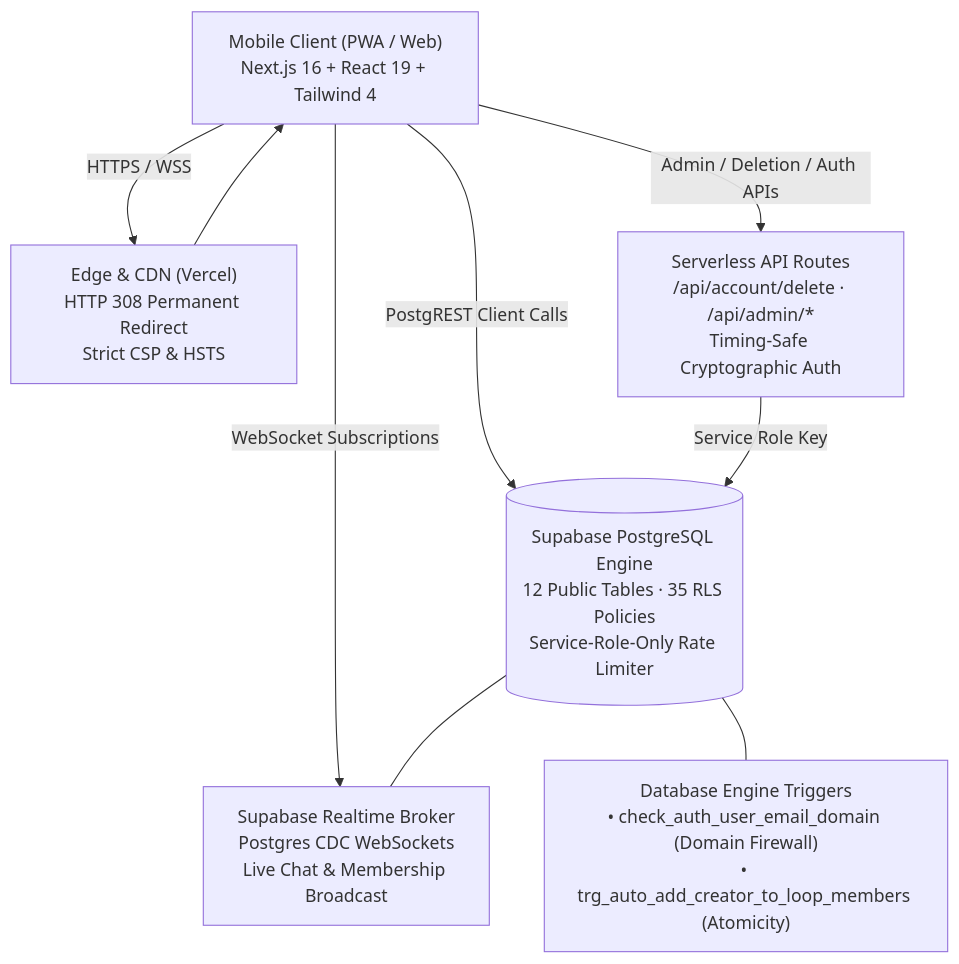
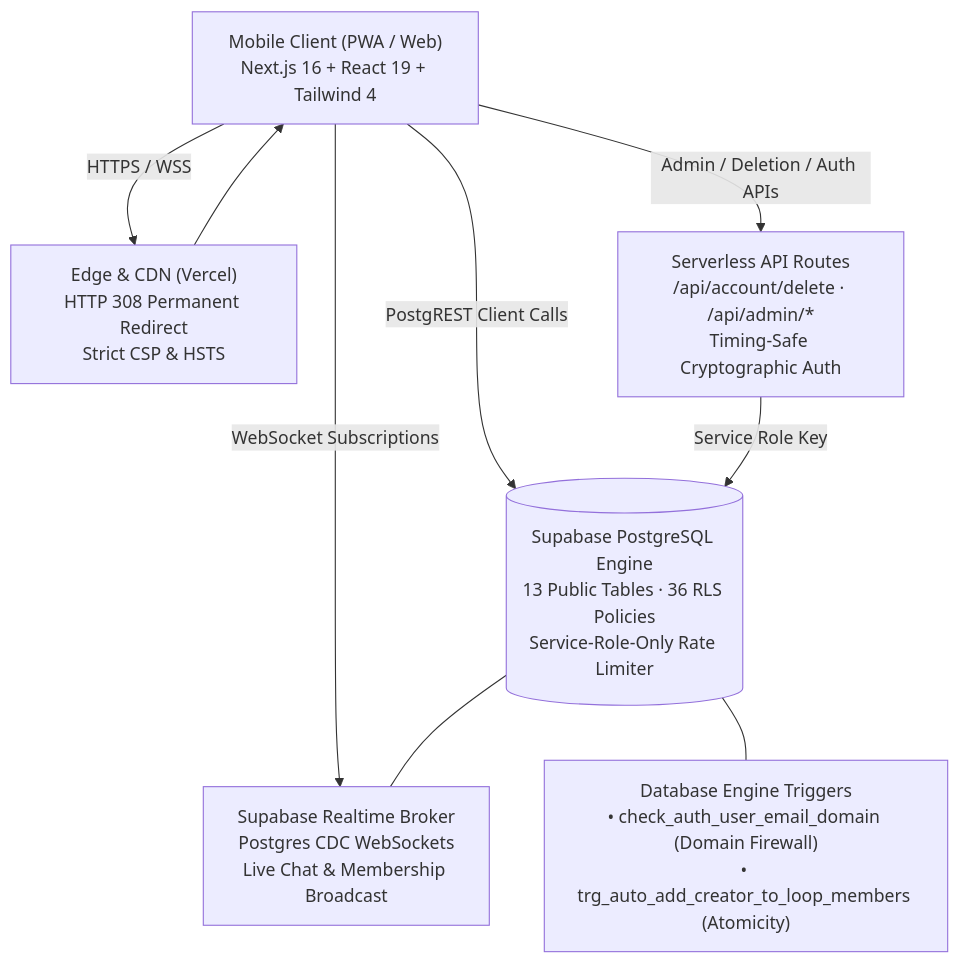
The diagram in Loop-App-2-codebase/README.md (sanjaykamal2006/Loop), drawn with Mermaid before and after one commit. The commit also changed other lines of this file and 24 other files, not shown here.

````diff
--- a/Loop-App-2-codebase/README.md
+++ b/Loop-App-2-codebase/README.md
@@ -32,18 +32,18 @@
 ```mermaid
 flowchart TD
     Client["Mobile Client (PWA / Web)\nNext.js 16 + React 19 + Tailwind 4"]
     Edge["Edge & CDN (Vercel)\nHTTP 308 Permanent Redirect\nStrict CSP & HSTS"]
     API["Serverless API Routes\n/api/account/delete · /api/admin/*\nTiming-Safe Cryptographic Auth"]
-    DB[("Supabase PostgreSQL Engine\n12 Public Tables · 35 RLS Policies\nService-Role-Only Rate Limiter")]
+    DB[("Supabase PostgreSQL Engine\n13 Public Tables · 36 RLS Policies\nService-Role-Only Rate Limiter")]
     RT["Supabase Realtime Broker\nPostgres CDC WebSockets\nLive Chat & Membership Broadcast"]
     Trig["Database Engine Triggers\n• check_auth_user_email_domain (Domain Firewall)\n• trg_auto_add_creator_to_loop_members (Atomicity)"]
 
     Client -->|HTTPS / WSS| Edge
     Edge --> Client
     Client -->|WebSocket Subscriptions| RT
     Client -->|PostgREST Client Calls| DB
     Client -->|Admin / Deletion / Auth APIs| API
     API -->|Service Role Key| DB
     DB --- Trig
     DB --- RT
 ```
````
